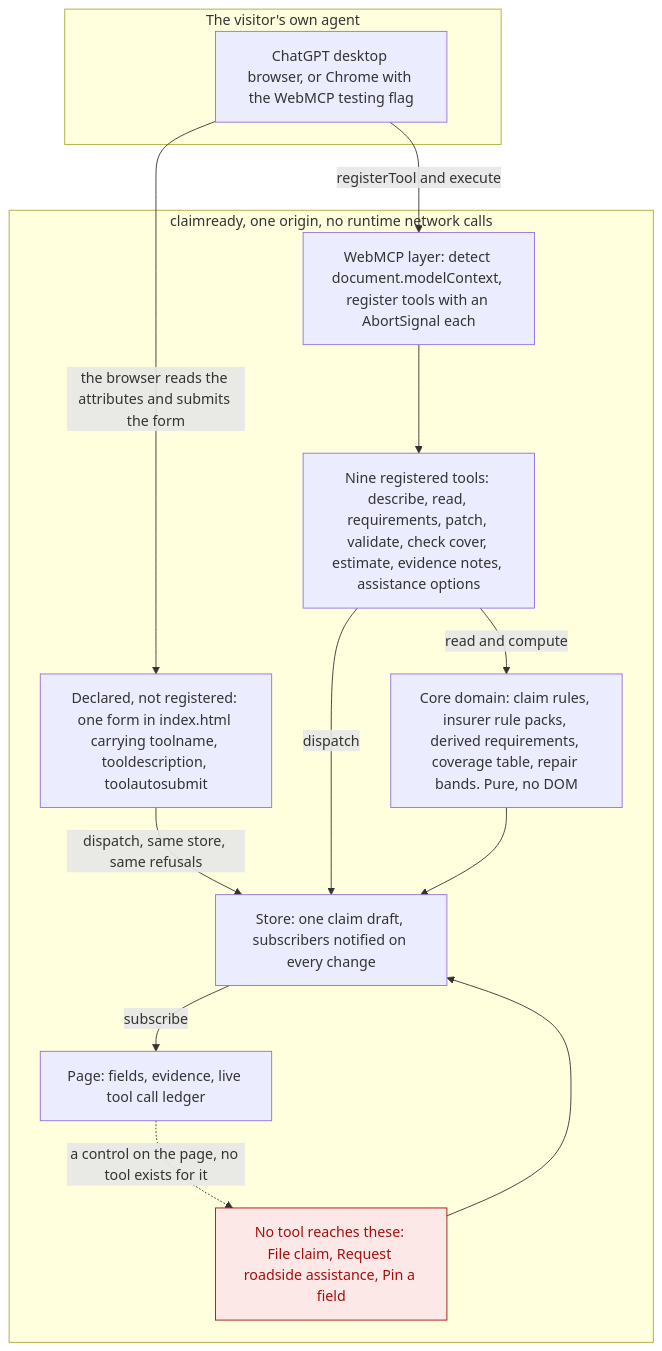
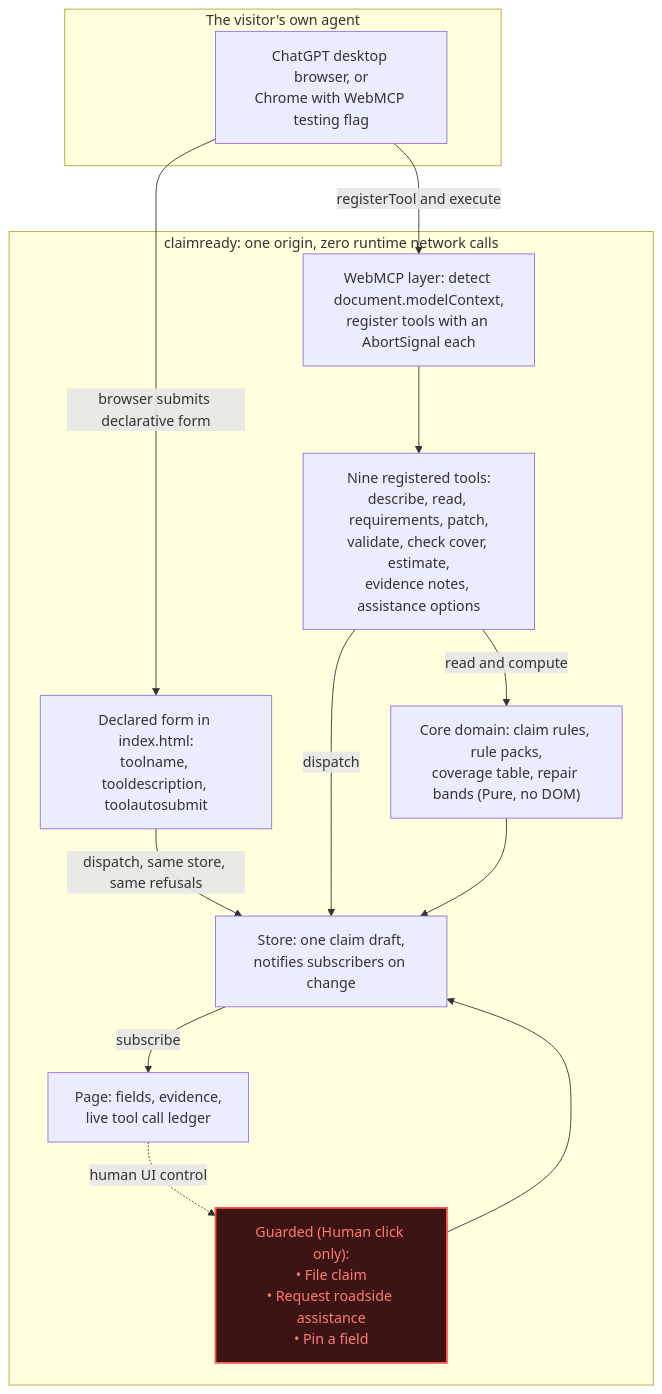
One commit to upgradedev/claimready changed the first of 2 diagrams in README.md. Above: the diagram before and after it, drawn with Mermaid. The commit also changed other lines of this file and 1 other file, not shown here.

Commit message:
docs: clean and perfectly format Mermaid architecture without text clipping

````diff
--- a/README.md
+++ b/README.md
@@ -200,30 +198,30 @@
 ```mermaid
 flowchart TB
   subgraph outside["The visitor's own agent"]
-    AG["ChatGPT desktop browser, or Chrome with the WebMCP testing flag"]
+    AG["ChatGPT desktop browser, or<br/>Chrome with WebMCP testing flag"]
   end
 
-  subgraph origin["claimready, one origin, no runtime network calls"]
-    MCP["WebMCP layer: detect document.modelContext, register tools with an AbortSignal each"]
-    TOOLS["Nine registered tools: describe, read, requirements, patch, validate, check cover, estimate, evidence notes, assistance options"]
-    FORM["Declared, not registered: one form in index.html carrying toolname, tooldescription, toolautosubmit"]
-    STORE["Store: one claim draft, subscribers notified on every change"]
-    CORE["Core domain: claim rules, insurer rule packs, derived requirements, coverage table, repair bands. Pure, no DOM"]
-    UI["Page: fields, evidence, live tool call ledger"]
-    HUMAN["No tool reaches these: File claim, Request roadside assistance, Pin a field"]
+  subgraph origin["claimready: one origin, zero runtime network calls"]
+    MCP["WebMCP layer: detect document.modelContext,<br/>register tools with an AbortSignal each"]
+    TOOLS["Nine registered tools:<br/>describe, read, requirements, patch,<br/>validate, check cover, estimate,<br/>evidence notes, assistance options"]
+    FORM["Declared form in index.html:<br/>toolname, tooldescription, toolautosubmit"]
+    STORE["Store: one claim draft,<br/>notifies subscribers on change"]
+    CORE["Core domain: claim rules, rule packs,<br/>coverage table, repair bands (Pure, no DOM)"]
+    UI["Page: fields, evidence,<br/>live tool call ledger"]
+    HUMAN["Guarded (Human click only):<br/>• File claim<br/>• Request roadside assistance<br/>• Pin a field"]
   end
 
   AG -->|"registerTool and execute"| MCP
-  AG -->|"the browser reads the attributes and submits the form"| FORM
+  AG -->|"browser submits declarative form"| FORM
   MCP --> TOOLS
   FORM -->|"dispatch, same store, same refusals"| STORE
   TOOLS -->|"dispatch"| STORE
   TOOLS -->|"read and compute"| CORE
   STORE -->|"subscribe"| UI
   CORE --> STORE
-  UI -.->|"a control on the page, no tool exists for it"| HUMAN
+  UI -.->|"human UI control"| HUMAN
   HUMAN --> STORE
 
-  classDef guarded fill:#fce8e6,stroke:#a50e0e,color:#a50e0e
+  classDef guarded fill:#3d1414,stroke:#f85149,stroke-width:2px,color:#ff7b72
   class HUMAN guarded
 ```
````
